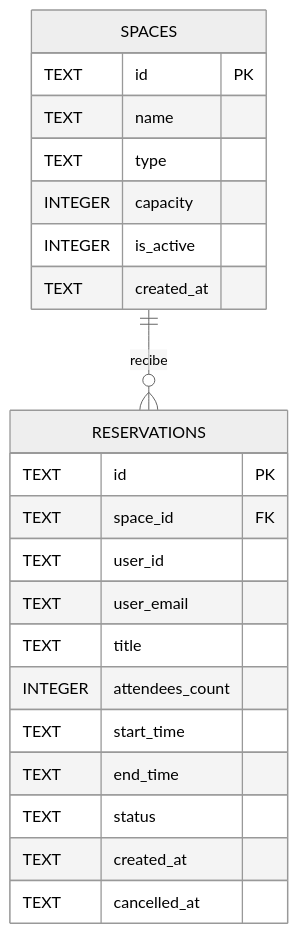
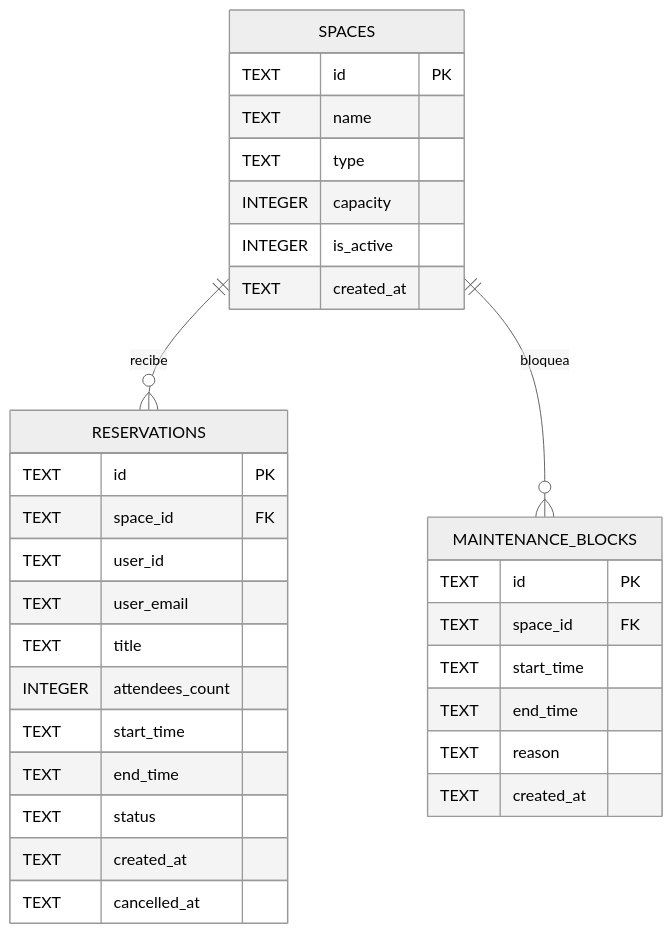
Before and after one commit to Xhennos/prj2: the diagram in specs/data-model.md, drawn with Mermaid (neutral theme). The commit also changed other lines of this file and 1 other file, not shown here.

Commit message:
docs(cr-01): update data-model.md and api.md for maintenance_blocks and cancellation policy

````diff
--- a/specs/data-model.md
+++ b/specs/data-model.md
@@ -5,27 +5,37 @@
 ```mermaid
 erDiagram
     SPACES ||--o{ RESERVATIONS : "recibe"
+    SPACES ||--o{ MAINTENANCE_BLOCKS : "bloquea"
 
     SPACES {
         TEXT id PK
         TEXT name
         TEXT type
         INTEGER capacity
         INTEGER is_active
         TEXT created_at
     }
 
     RESERVATIONS {
         TEXT id PK
         TEXT space_id FK
         TEXT user_id
         TEXT user_email
         TEXT title
         INTEGER attendees_count
         TEXT start_time
         TEXT end_time
         TEXT status
         TEXT created_at
         TEXT cancelled_at
     }
+
+    MAINTENANCE_BLOCKS {
+        TEXT id PK
+        TEXT space_id FK
+        TEXT start_time
+        TEXT end_time
+        TEXT reason
+        TEXT created_at
+    }
 ```
````
